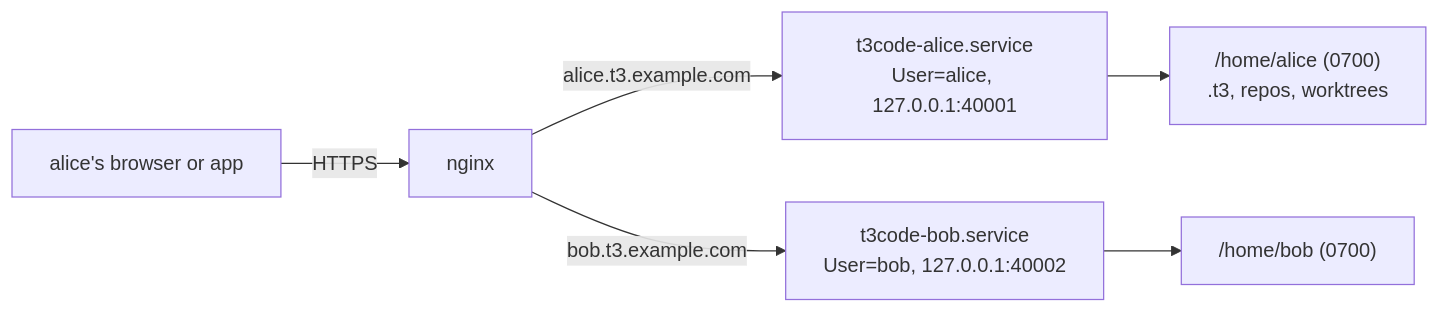
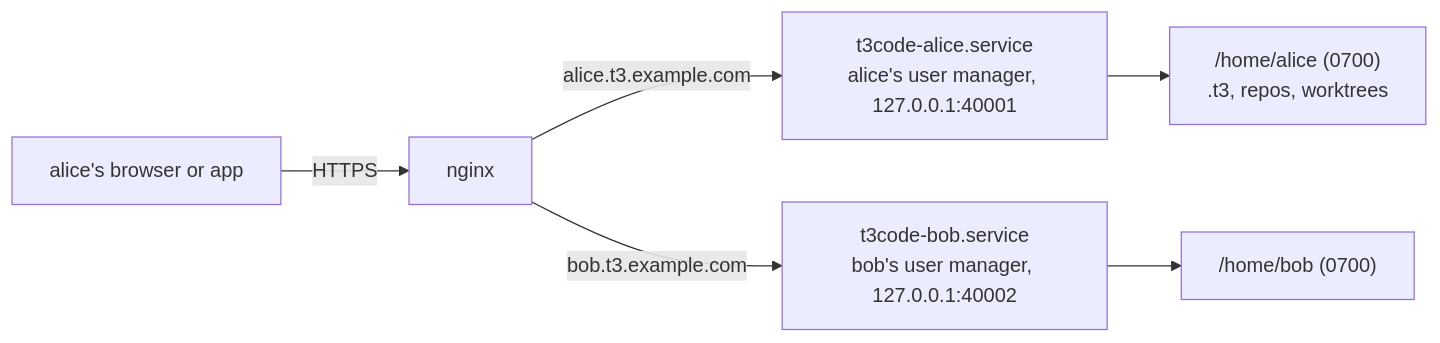
The second of 2 diagrams in README.md (OSSystems/t3code-nix), drawn with Mermaid before and after one commit. The commit also changed other lines of this file and 2 other files, not shown here.

First line of the commit message:
fix: T3 Code OS starts each agent in its own systemd scope

````diff
--- a/README.md
+++ b/README.md
@@ -56,8 +56,8 @@
 ```mermaid
 flowchart LR
   browser["alice's browser or app"] -- "HTTPS" --> nginx
-  nginx -- "alice.t3.example.com" --> a["t3code-alice.service<br/>User=alice, 127.0.0.1:40001"]
-  nginx -- "bob.t3.example.com" --> b["t3code-bob.service<br/>User=bob, 127.0.0.1:40002"]
+  nginx -- "alice.t3.example.com" --> a["t3code-alice.service<br/>alice's user manager, 127.0.0.1:40001"]
+  nginx -- "bob.t3.example.com" --> b["t3code-bob.service<br/>bob's user manager, 127.0.0.1:40002"]
   a --> ha["/home/alice (0700)<br/>.t3, repos, worktrees"]
   b --> hb["/home/bob (0700)"]
 ```
````
